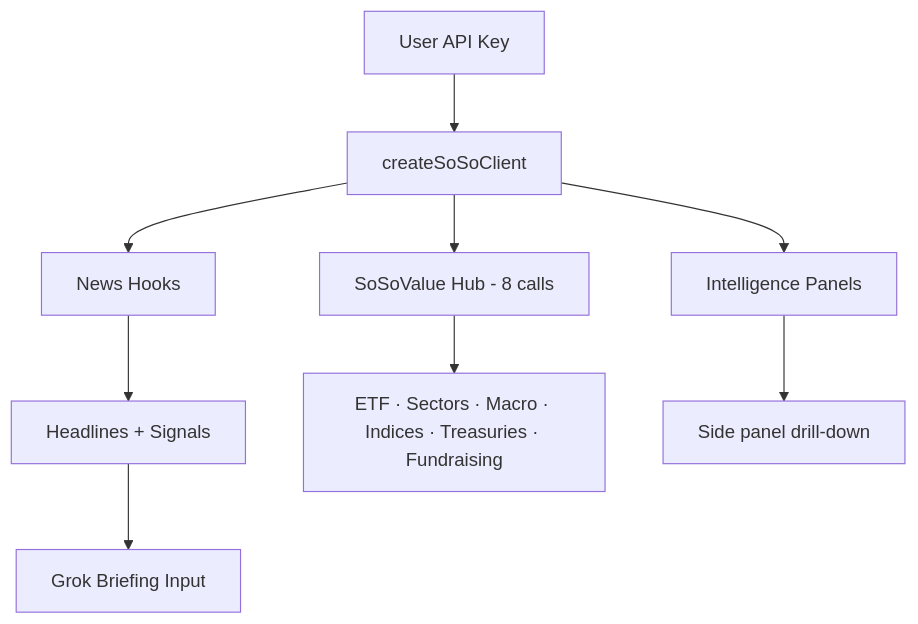
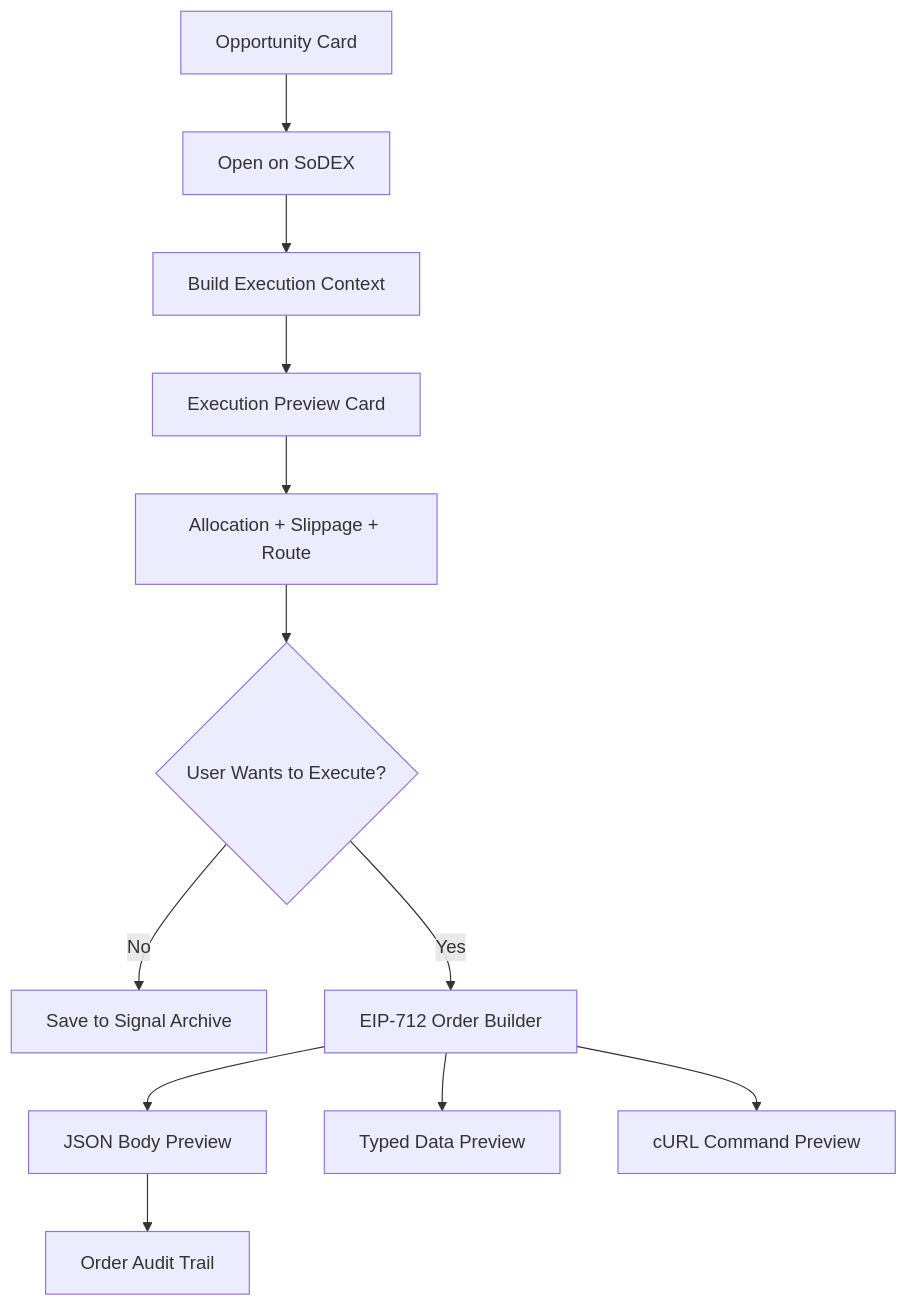
One commit to Nanle-code/CryptoDesk changed the ninth of 18 diagrams in cryptodesk/README.md. Above: the diagram before and after it, drawn with Mermaid. The commit also changed other lines of this file and 28 other files, not shown here.

````diff
--- a/cryptodesk/README.md
+++ b/cryptodesk/README.md
@@ -568,11 +582,14 @@
 ```mermaid
 flowchart TD
-    A[User API Key] --> B[createSoSoClient]
-    B --> C[News Hooks]
-    B --> D[SoSoValue Hub - 8 calls]
-    B --> E[Intelligence Panels]
-    C --> F[Headlines + Signals]
-    D --> G[ETF · Sectors · Macro · Indices · Treasuries · Fundraising]
-    E --> H[Side panel drill-down]
-    F --> I[Grok Briefing Input]
+    A[Opportunity Card] --> B[Open on SoDEX]
+    B --> C[Build Execution Context]
+    C --> D[Execution Preview Card]
+    D --> E[Allocation + Slippage + Route]
+    E --> F{User Wants to Execute?}
+    F -- No --> G[Save to Signal Archive]
+    F -- Yes --> H[EIP-712 Order Builder]
+    H --> I[JSON Body Preview]
+    H --> J[Typed Data Preview]
+    H --> K[cURL Command Preview]
+    I --> L[Order Audit Trail]
 ```
````
